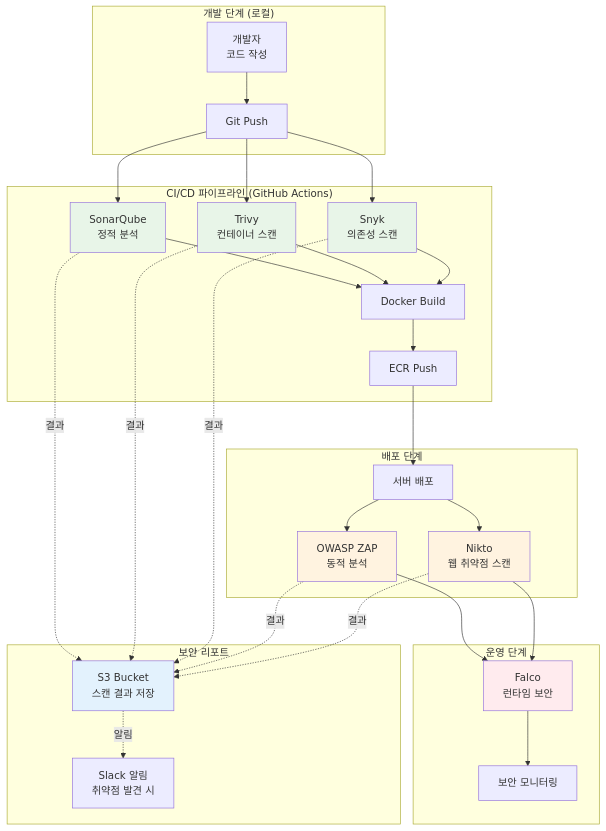
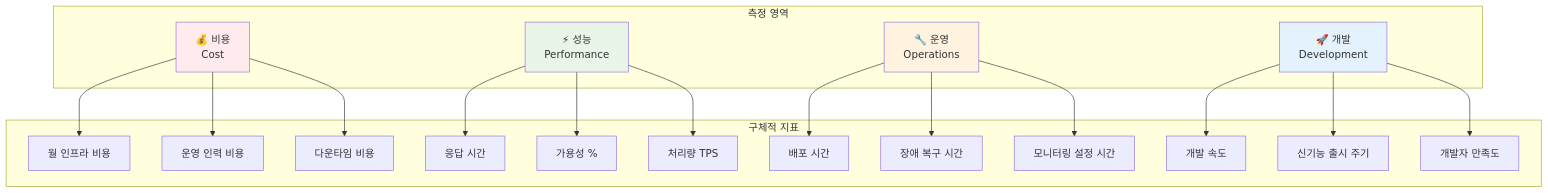
The third of 7 diagrams in theory/week_05/day5/session_4.md (niceguy61/kdt_devops_lecture_2025), drawn with Mermaid before and after one commit. The commit also changed other lines of this file, not shown here.

````diff
--- a/theory/week_05/day5/session_4.md
+++ b/theory/week_05/day5/session_4.md
@@ -64,66 +115,32 @@
 ```mermaid
 graph TB
-    subgraph "개발 단계 (로컬)"
-        DEV[개발자<br/>코드 작성]
-        GIT[Git Push]
+    subgraph "측정 영역"
+        A[💰 비용<br/>Cost]
+        B[⚡ 성능<br/>Performance]
+        C[🔧 운영<br/>Operations]
+        D[🚀 개발<br/>Development]
     end
     
-    subgraph "CI/CD 파이프라인 (GitHub Actions)"
-        SAST1[SonarQube<br/>정적 분석]
-        SAST2[Trivy<br/>컨테이너 스캔]
-        SAST3[Snyk<br/>의존성 스캔]
-        BUILD[Docker Build]
-        PUSH[ECR Push]
+    subgraph "구체적 지표"
+        A --> A1[월 인프라 비용]
+        A --> A2[운영 인력 비용]
+        A --> A3[다운타임 비용]
+        
+        B --> B1[응답 시간]
+        B --> B2[가용성 %]
+        B --> B3[처리량 TPS]
+        
+        C --> C1[배포 시간]
+        C --> C2[장애 복구 시간]
+        C --> C3[모니터링 설정 시간]
+        
+        D --> D1[개발 속도]
+        D --> D2[신기능 출시 주기]
+        D --> D3[개발자 만족도]
     end
     
-    subgraph "배포 단계"
-        DEPLOY[서버 배포]
-        DAST1[OWASP ZAP<br/>동적 분석]
-        DAST2[Nikto<br/>웹 취약점 스캔]
-    end
-    
-    subgraph "운영 단계"
-        RUNTIME[Falco<br/>런타임 보안]
-        MONITOR[보안 모니터링]
-    end
-    
-    subgraph "보안 리포트"
-        S3[S3 Bucket<br/>스캔 결과 저장]
-        SLACK[Slack 알림<br/>취약점 발견 시]
-    end
-    
-    DEV --> GIT
-    GIT --> SAST1
-    GIT --> SAST2
-    GIT --> SAST3
-    
-    SAST1 --> BUILD
-    SAST2 --> BUILD
-    SAST3 --> BUILD
-    
-    BUILD --> PUSH
-    PUSH --> DEPLOY
-    
-    DEPLOY --> DAST1
-    DEPLOY --> DAST2
-    
-    DAST1 --> RUNTIME
-    DAST2 --> RUNTIME
-    RUNTIME --> MONITOR
-    
-    SAST1 -.결과.-> S3
-    SAST2 -.결과.-> S3
-    SAST3 -.결과.-> S3
-    DAST1 -.결과.-> S3
-    DAST2 -.결과.-> S3
-    
-    S3 -.알림.-> SLACK
-    
-    style SAST1 fill:#e8f5e8
-    style SAST2 fill:#e8f5e8
-    style SAST3 fill:#e8f5e8
-    style DAST1 fill:#fff3e0
-    style DAST2 fill:#fff3e0
-    style RUNTIME fill:#ffebee
-    style S3 fill:#e3f2fd
+    style A fill:#ffebee
+    style B fill:#e8f5e8
+    style C fill:#fff3e0
+    style D fill:#e3f2fd
 ```
````
